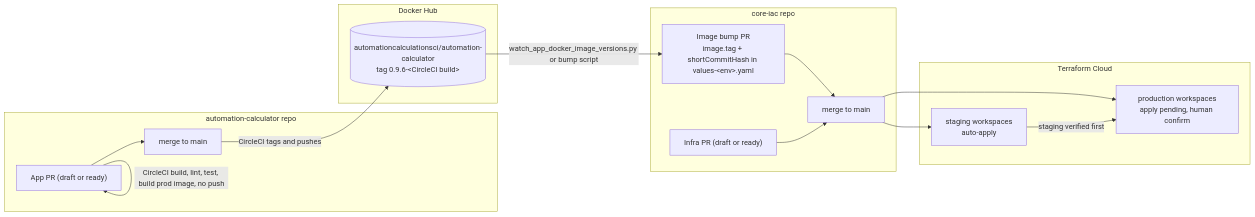
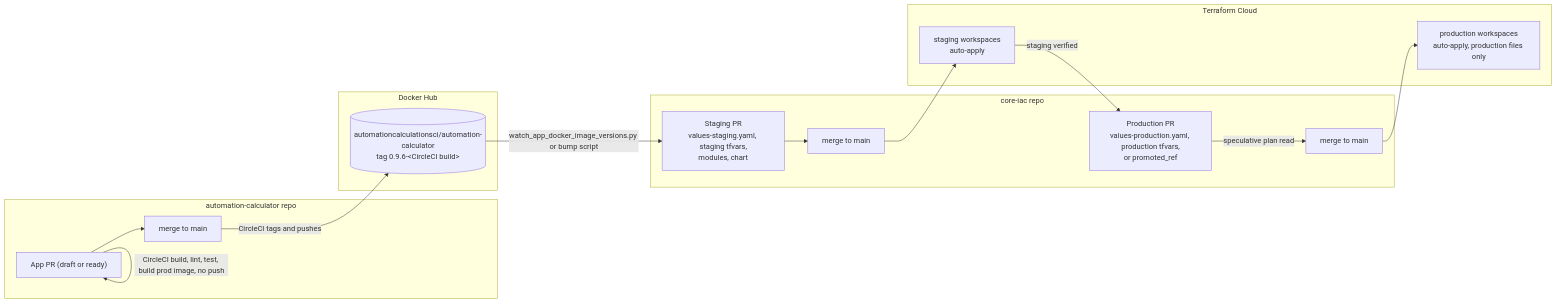
Before and after one commit to team-automation-calculator/core-iac: the first of 4 diagrams in docs/architecture/deploy-and-validate.md, drawn with Mermaid. The commit also changed other lines of this file and 4 other files, not shown here.

First line of the commit message:
Document the two pull request promotion flow

````diff
--- a/docs/architecture/deploy-and-validate.md
+++ b/docs/architecture/deploy-and-validate.md
@@ -12,28 +12,27 @@
 ```mermaid
 flowchart LR
     subgraph app["automation-calculator repo"]
         apr["App PR (draft or ready)"]
         amain["merge to main"]
     end
     subgraph hub["Docker Hub"]
         img[("automationcalculationsci/automation-calculator<br/>tag 0.9.6-&lt;CircleCI build&gt;")]
     end
     subgraph iac["core-iac repo"]
-        bump["Image bump PR<br/>image.tag + shortCommitHash in values-&lt;env&gt;.yaml"]
-        ipr["Infra PR (draft or ready)"]
-        imain["merge to main"]
+        sbump["Staging PR<br/>values-staging.yaml, staging tfvars,<br/>modules, chart"]
+        smain["merge to main"]
+        pbump["Production PR<br/>values-production.yaml, production tfvars,<br/>or promoted_ref"]
+        pmain["merge to main"]
     end
     subgraph tfc["Terraform Cloud"]
         stg["staging workspaces<br/>auto-apply"]
-        prd["production workspaces<br/>apply pending, human confirm"]
+        prd["production workspaces<br/>auto-apply, production files only"]
     end
 
     apr -->|CircleCI build, lint, test, build prod image, no push| apr
     apr --> amain -->|CircleCI tags and pushes| img
-    img -->|watch_app_docker_image_versions.py or bump script| bump
-    bump --> imain
-    ipr --> imain
-    imain --> stg
-    imain --> prd
-    stg -->|staging verified first| prd
+    img -->|watch_app_docker_image_versions.py or bump script| sbump
+    sbump --> smain --> stg
+    stg -->|staging verified| pbump
+    pbump -->|speculative plan read| pmain --> prd
 ```
````
